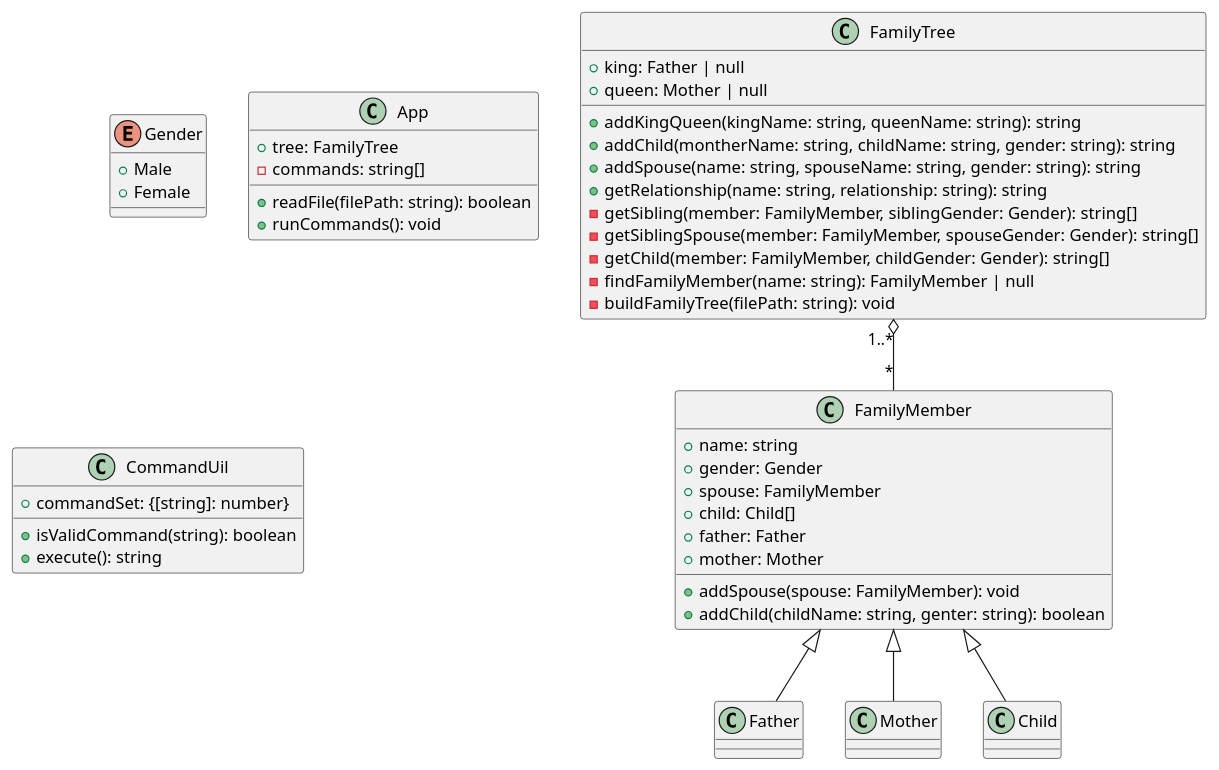
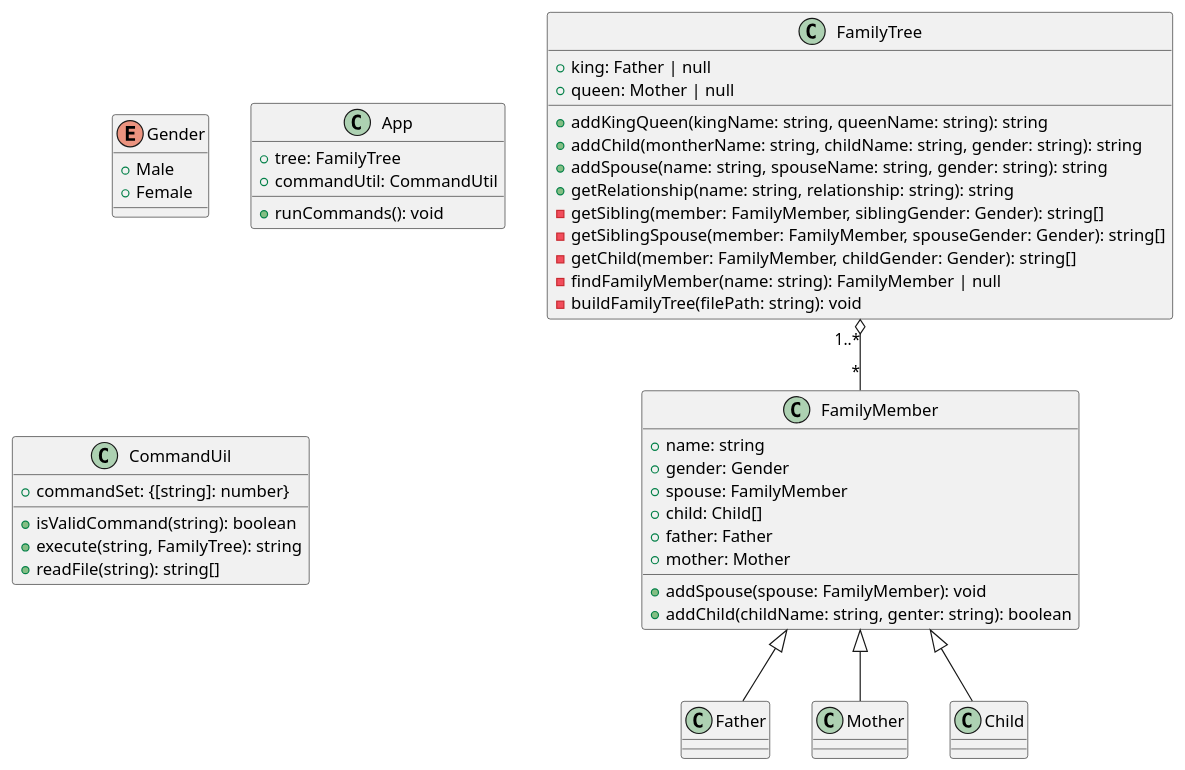
Before and after one commit to evaou/family-tree: the diagram in uml/class-diagram.puml, drawn with PlantUML.

Commit message:
update CommandUtil and App class

```diff
--- a/uml/class-diagram.puml
+++ b/uml/class-diagram.puml
@@ -1,63 +1,61 @@
 @startuml class diagram
 
 enum Gender {
     +Male
     +Female
 }
 
 class App {
     +tree: FamilyTree
-    -commands: string[]
-    +readFile(filePath: string): boolean
+    +commandUtil: CommandUtil
     +runCommands(): void
 }
 
 class CommandUil {
     +commandSet: {[string]: number}
     +isValidCommand(string): boolean
-    +execute(): string
+    +execute(string, FamilyTree): string
+    +readFile(string): string[]
 }
-
-
 
 class FamilyTree {
     +king: Father | null
     +queen: Mother | null
     +addKingQueen(kingName: string, queenName: string): string 
     +addChild(montherName: string, childName: string, gender: string): string
     +addSpouse(name: string, spouseName: string, gender: string): string
     +getRelationship(name: string, relationship: string): string
     -getSibling(member: FamilyMember, siblingGender: Gender): string[]
     -getSiblingSpouse(member: FamilyMember, spouseGender: Gender): string[]
     -getChild(member: FamilyMember, childGender: Gender): string[]
     -findFamilyMember(name: string): FamilyMember | null
     -buildFamilyTree(filePath: string): void 
 }
 
 class FamilyMember {
     +name: string
     +gender: Gender
     +spouse: FamilyMember
     +child: Child[]
     +father: Father
     +mother: Mother
     +addSpouse(spouse: FamilyMember): void
     +addChild(childName: string, genter: string): boolean
 }
 
 class Father {
 }
 
 class Mother {
 }
 
 class Child {
 }
 
 FamilyTree "1..*" o-- "*" FamilyMember
 
 FamilyMember <|-- Father
 FamilyMember <|--  Mother
 FamilyMember <|--  Child
 
 @enduml
```
